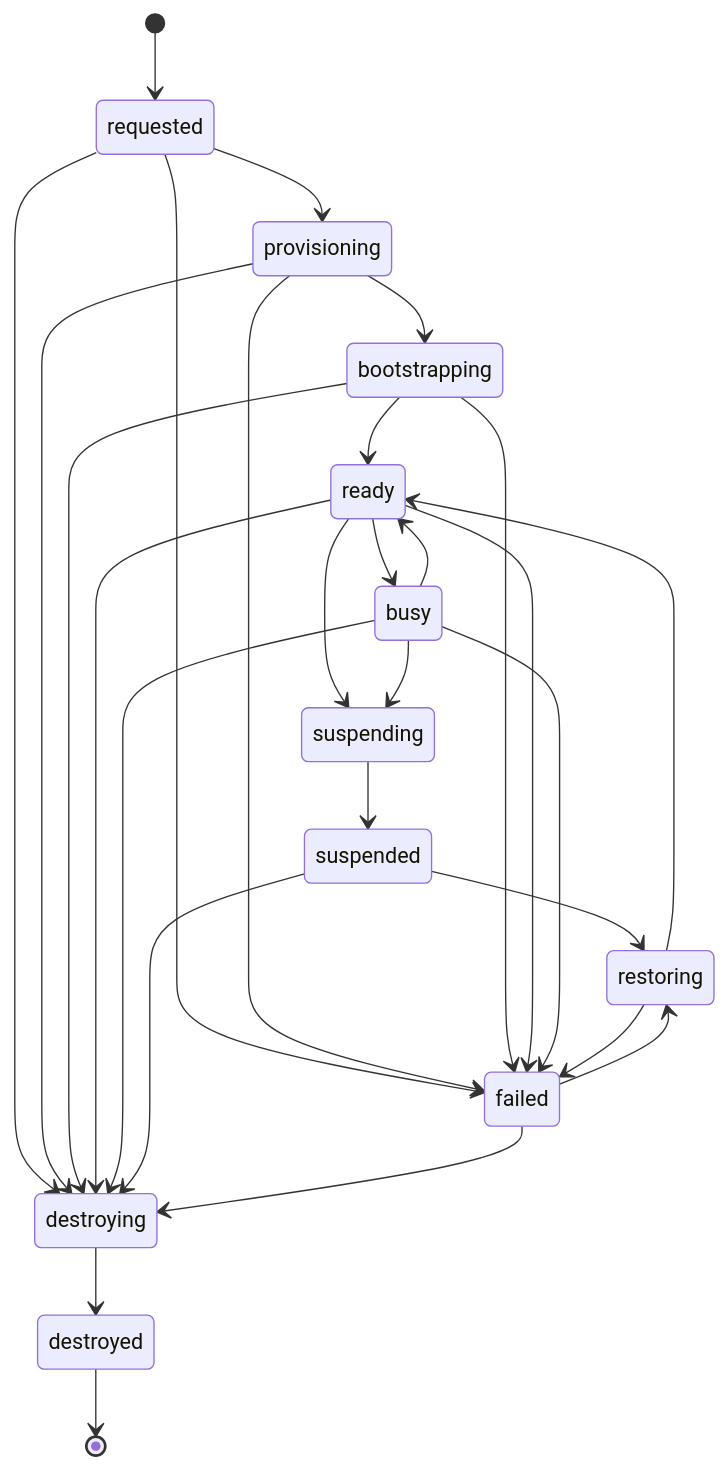
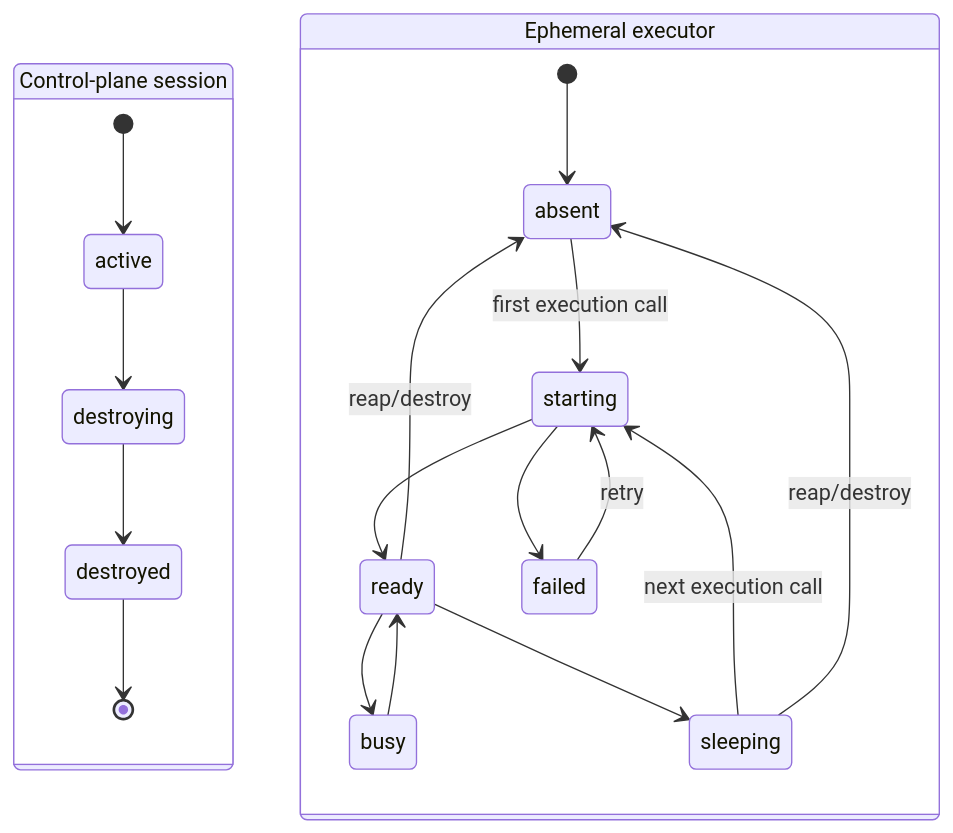
One commit to timc0y/forge-mcp changed the diagram in docs/architecture/workspace-state.md. Above: the diagram before and after it, drawn with Mermaid. The commit also changed other lines of this file and 35 other files, not shown here.

````diff
--- a/docs/architecture/workspace-state.md
+++ b/docs/architecture/workspace-state.md
@@ -3,30 +5,23 @@
 ```mermaid
 stateDiagram-v2
-  [*] --> requested
-  requested --> provisioning
-  provisioning --> bootstrapping
-  bootstrapping --> ready
-  ready --> busy
-  busy --> ready
-  ready --> suspending
-  busy --> suspending
-  suspending --> suspended
-  suspended --> restoring
-  restoring --> ready
-  requested --> failed
-  provisioning --> failed
-  bootstrapping --> failed
-  ready --> failed
-  busy --> failed
-  restoring --> failed
-  failed --> restoring
-  requested --> destroying
-  provisioning --> destroying
-  bootstrapping --> destroying
-  ready --> destroying
-  busy --> destroying
-  suspended --> destroying
-  failed --> destroying
-  destroying --> destroyed
-  destroyed --> [*]
+  state "Control-plane session" as C {
+    [*] --> active
+    active --> destroying
+    destroying --> destroyed
+    destroyed --> [*]
+  }
+
+  state "Ephemeral executor" as E {
+    [*] --> absent
+    absent --> starting: first execution call
+    starting --> ready
+    starting --> failed
+    ready --> busy
+    busy --> ready
+    ready --> sleeping
+    sleeping --> starting: next execution call
+    ready --> absent: reap/destroy
+    sleeping --> absent: reap/destroy
+    failed --> starting: retry
+  }
 ```
````
